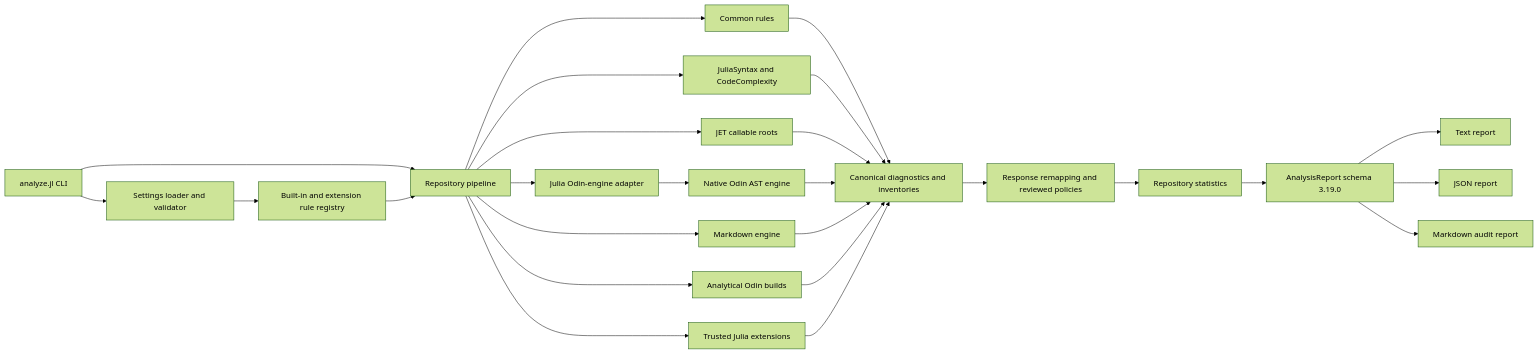
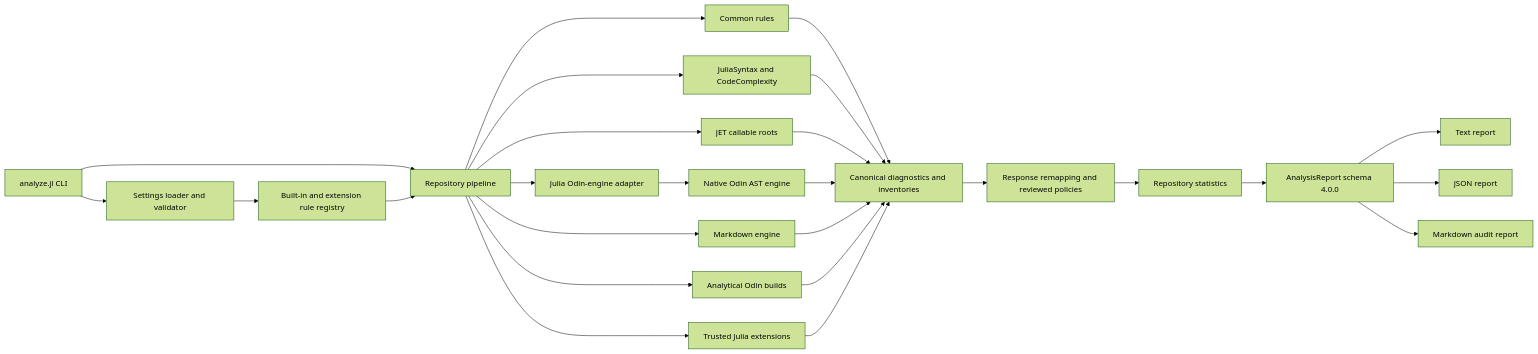
One commit to derekshoneycutt/OdinJuliaAnalysis changed the first of 4 diagrams in README.md. Above: the diagram before and after it, drawn with Mermaid (forest theme). The commit also changed other lines of this file and 33 other files, not shown here.

````diff
--- a/README.md
+++ b/README.md
@@ -150,31 +153,31 @@
 ```mermaid
 flowchart LR
     CLI[analyze.jl CLI] --> Settings[Settings loader and validator]
     CLI --> Pipeline[Repository pipeline]
     Settings --> Registry[Built-in and extension rule registry]
     Registry --> Pipeline
 
     Pipeline --> Common[Common rules]
     Pipeline --> Julia[JuliaSyntax and CodeComplexity]
     Pipeline --> JET[JET callable roots]
     Pipeline --> OdinBridge[Julia Odin-engine adapter]
     OdinBridge --> OdinNative[Native Odin AST engine]
     Pipeline --> Markdown[Markdown engine]
     Pipeline --> Builds[Analytical Odin builds]
     Pipeline --> Extensions[Trusted Julia extensions]
 
     Common --> Model[Canonical diagnostics and inventories]
     Julia --> Model
     JET --> Model
     OdinNative --> Model
     Markdown --> Model
     Builds --> Model
     Extensions --> Model
 
     Model --> Policy[Response remapping and reviewed policies]
     Policy --> Statistics[Repository statistics]
-    Statistics --> Report[AnalysisReport schema 3.19.0]
+    Statistics --> Report[AnalysisReport schema 4.0.0]
     Report --> Text[Text report]
     Report --> JSON[JSON report]
     Report --> MD[Markdown audit report]
 ```
````
